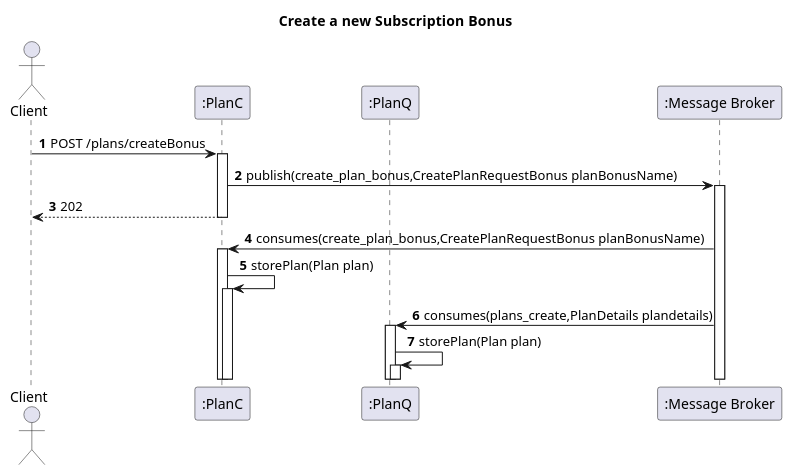
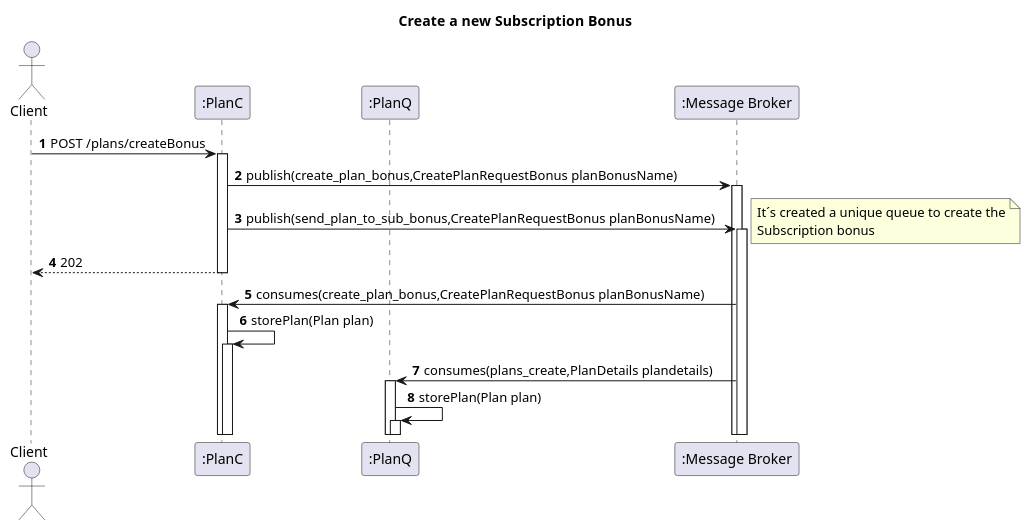
Before and after one commit to IsepMartimOliveira/SIDIS: the diagram in docs_sidis/Terceira_Avaliação/Bonus/Vista_Logica/N2/Plans/CreatePlanBonus.puml, drawn with PlantUML. The commit also changed 13 other files, not shown here.

```diff
--- a/docs_sidis/Terceira_Avaliação/Bonus/Vista_Logica/N2/Plans/CreatePlanBonus.puml
+++ b/docs_sidis/Terceira_Avaliação/Bonus/Vista_Logica/N2/Plans/CreatePlanBonus.puml
@@ -1,41 +1,45 @@
 @startuml
 'https://plantuml.com/sequence-diagram
 autoactivate on
 autonumber
 title  Create  a new Subscription Bonus
 
 autonumber
 
 actor "Client" as Ac
 participant ":PlanC" as Auth
 participant ":PlanQ" as Serv
 
 
 participant ":Message Broker" as Broker
 
 
 Ac->Auth:POST /plans/createBonus
 Auth->Broker: publish(create_plan_bonus,CreatePlanRequestBonus planBonusName)
-
+Auth->Broker: publish(send_plan_to_sub_bonus,CreatePlanRequestBonus planBonusName)
+note right
+It´s created a unique queue to create the
+Subscription bonus
+end note
 Auth-->Ac:202
 Broker->Auth:consumes(create_plan_bonus,CreatePlanRequestBonus planBonusName)
 Auth->Auth:storePlan(Plan plan)
 
 Broker->Serv:consumes(plans_create,PlanDetails plandetails)
 
 Serv->Serv:storePlan(Plan plan)
 
 
 
 
 
 
 
 
 
 
 
 
 
 
 @enduml
```
